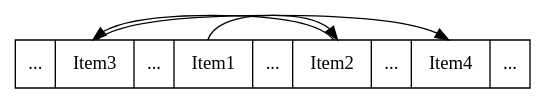
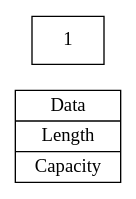
One commit to StevenEco/ComputerScience changed the diagram in Images/graphviz_dot/List/ArrayList01.dot. Above: the diagram before and after it, drawn with Graphviz. The commit also changed 3 other files, not shown here.

```diff
--- a/Images/graphviz_dot/List/ArrayList01.dot
+++ b/Images/graphviz_dot/List/ArrayList01.dot
@@ -1,10 +1,13 @@
 digraph List {
+    graph [
+        rankdir = "LR"
+        ];
     node [shape = record];
-    List [label = "
-    <f0>...|<f1>Item3|<f2>...|
-    <f3>Item1|<f4>...|<f5>Item2|
-    <f6>...|<f7>Item4|<f8>..."];
-    List:f3 -> List:f5;
-    List:f5 -> List:f1;
-    List:f1 -> List:f7;
+    "List" [
+        label = "<f0> Data| <f1> Length| <f2> Capacity"
+        shape = "record"
+        ];
+    "Data" [
+        label = "1"
+    ]
 }
```
